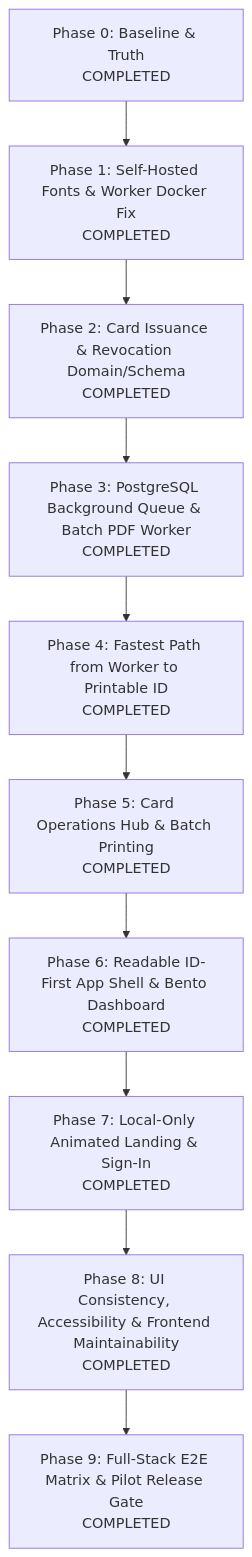
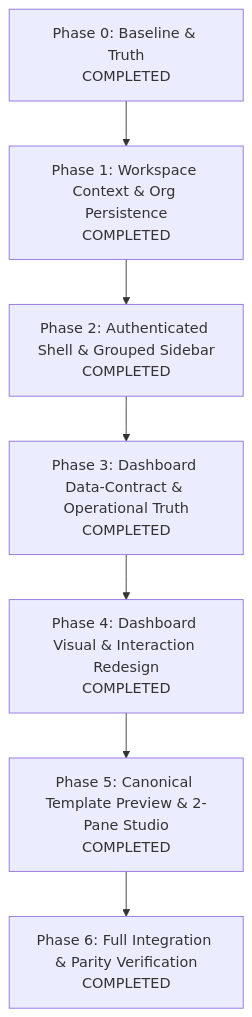
Before and after one commit to AsifShawon/hr-platform: the diagram in docs/status.md, drawn with Mermaid. The commit also changed other lines of this file and 60 other files, not shown here.

Commit message:
feat: add dashboard schemas for overview, metrics, and system health

````diff
--- a/docs/status.md
+++ b/docs/status.md
@@ -11,12 +11,9 @@
 ```mermaid
 graph TD
-    Phase0[Phase 0: Baseline & Truth<br/>COMPLETED] --> Phase1[Phase 1: Self-Hosted Fonts & Worker Docker Fix<br/>COMPLETED]
-    Phase1 --> Phase2[Phase 2: Card Issuance & Revocation Domain/Schema<br/>COMPLETED]
-    Phase2 --> Phase3[Phase 3: PostgreSQL Background Queue & Batch PDF Worker<br/>COMPLETED]
-    Phase3 --> Phase4[Phase 4: Fastest Path from Worker to Printable ID<br/>COMPLETED]
-    Phase4 --> Phase5[Phase 5: Card Operations Hub & Batch Printing<br/>COMPLETED]
-    Phase5 --> Phase6[Phase 6: Readable ID-First App Shell & Bento Dashboard<br/>COMPLETED]
-    Phase6 --> Phase7[Phase 7: Local-Only Animated Landing & Sign-In<br/>COMPLETED]
-    Phase7 --> Phase8[Phase 8: UI Consistency, Accessibility & Frontend Maintainability<br/>COMPLETED]
-    Phase8 --> Phase9[Phase 9: Full-Stack E2E Matrix & Pilot Release Gate<br/>COMPLETED]
+    Phase0[Phase 0: Baseline & Truth<br/>COMPLETED] --> Phase1[Phase 1: Workspace Context & Org Persistence<br/>COMPLETED]
+    Phase1 --> Phase2[Phase 2: Authenticated Shell & Grouped Sidebar<br/>COMPLETED]
+    Phase2 --> Phase3[Phase 3: Dashboard Data-Contract & Operational Truth<br/>COMPLETED]
+    Phase3 --> Phase4[Phase 4: Dashboard Visual & Interaction Redesign<br/>COMPLETED]
+    Phase4 --> Phase5[Phase 5: Canonical Template Preview & 2-Pane Studio<br/>COMPLETED]
+    Phase5 --> Phase6[Phase 6: Full Integration & Parity Verification<br/>COMPLETED]
 ```
````
